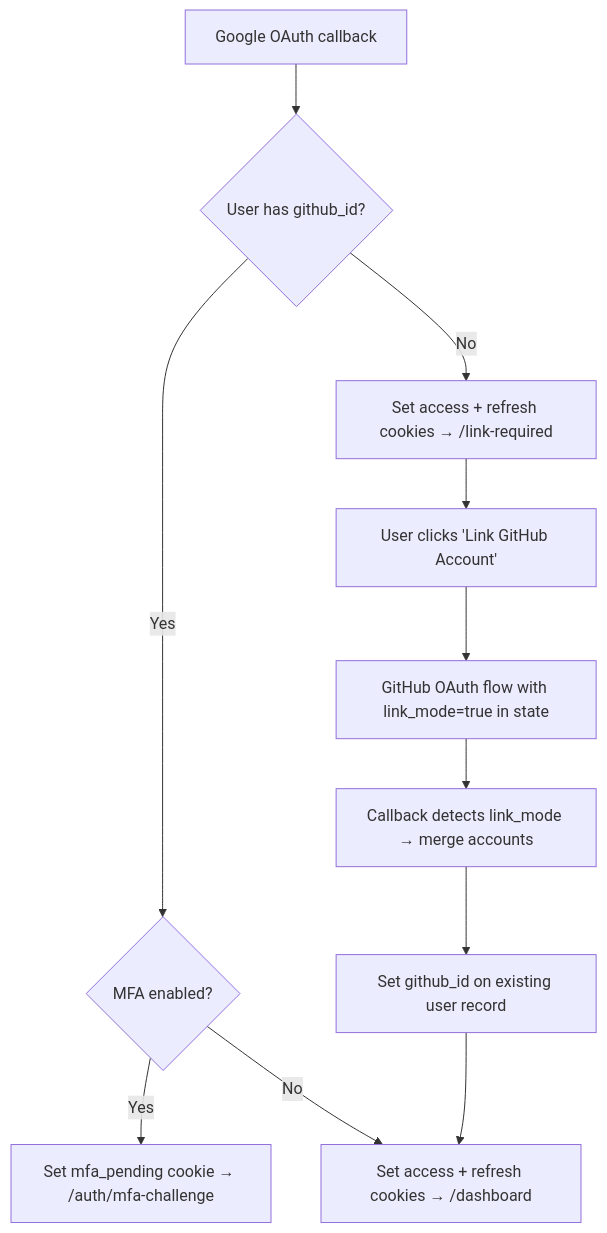
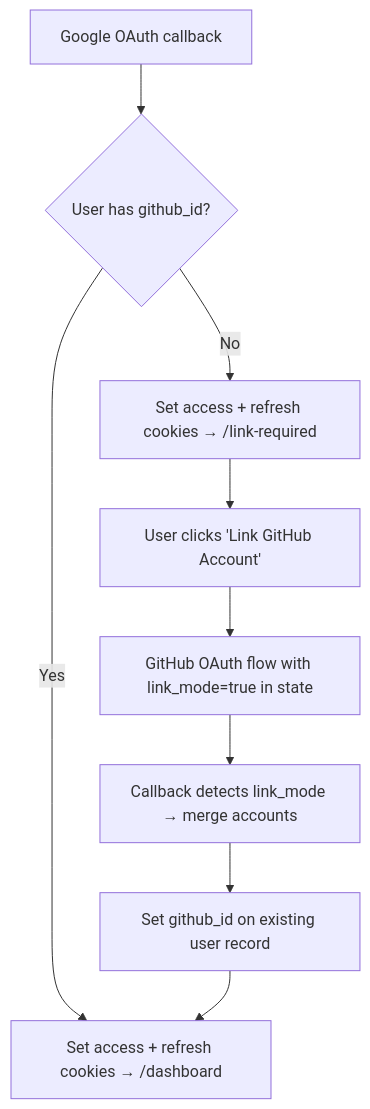
One commit to devangshupandey2025-stack/DevSage changed the third of 13 diagrams in docs/v3/planned/authentication.md. Above: the diagram before and after it, drawn with Mermaid. The commit also changed other lines of this file, not shown here.

First line of the commit message:
docs(auth): establish 3-domain architecture, remove MFA and passkeys

````diff
--- a/docs/v3/planned/authentication.md
+++ b/docs/v3/planned/authentication.md
@@ -205,13 +241,11 @@
 ```mermaid
 flowchart TD
     A[Google OAuth callback] --> B{User has github_id?}
-    B -->|Yes| C{MFA enabled?}
-    C -->|Yes| D[Set mfa_pending cookie → /auth/mfa-challenge]
-    C -->|No| E[Set access + refresh cookies → /dashboard]
+    B -->|Yes| E[Set access + refresh cookies → /dashboard]
     B -->|No| F[Set access + refresh cookies → /link-required]
     F --> G["User clicks 'Link GitHub Account'"]
     G --> H[GitHub OAuth flow with link_mode=true in state]
     H --> I[Callback detects link_mode → merge accounts]
     I --> J[Set github_id on existing user record]
     J --> E
 ```
````
